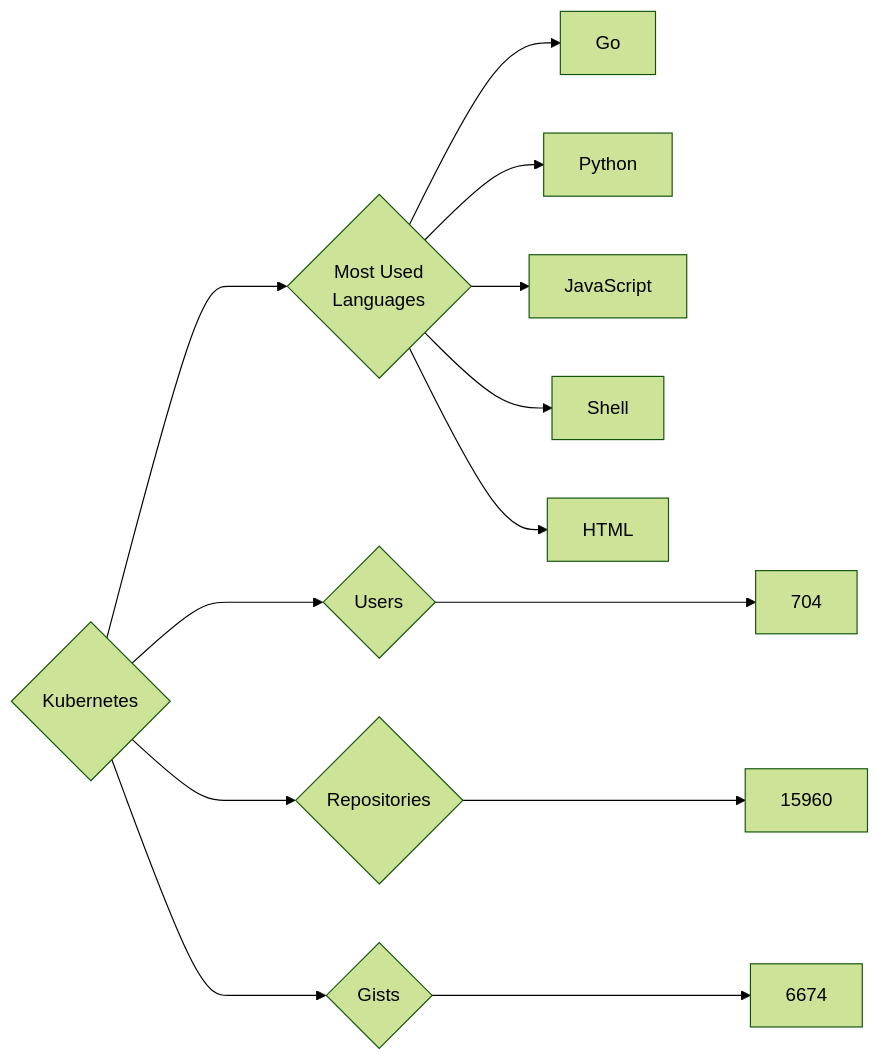
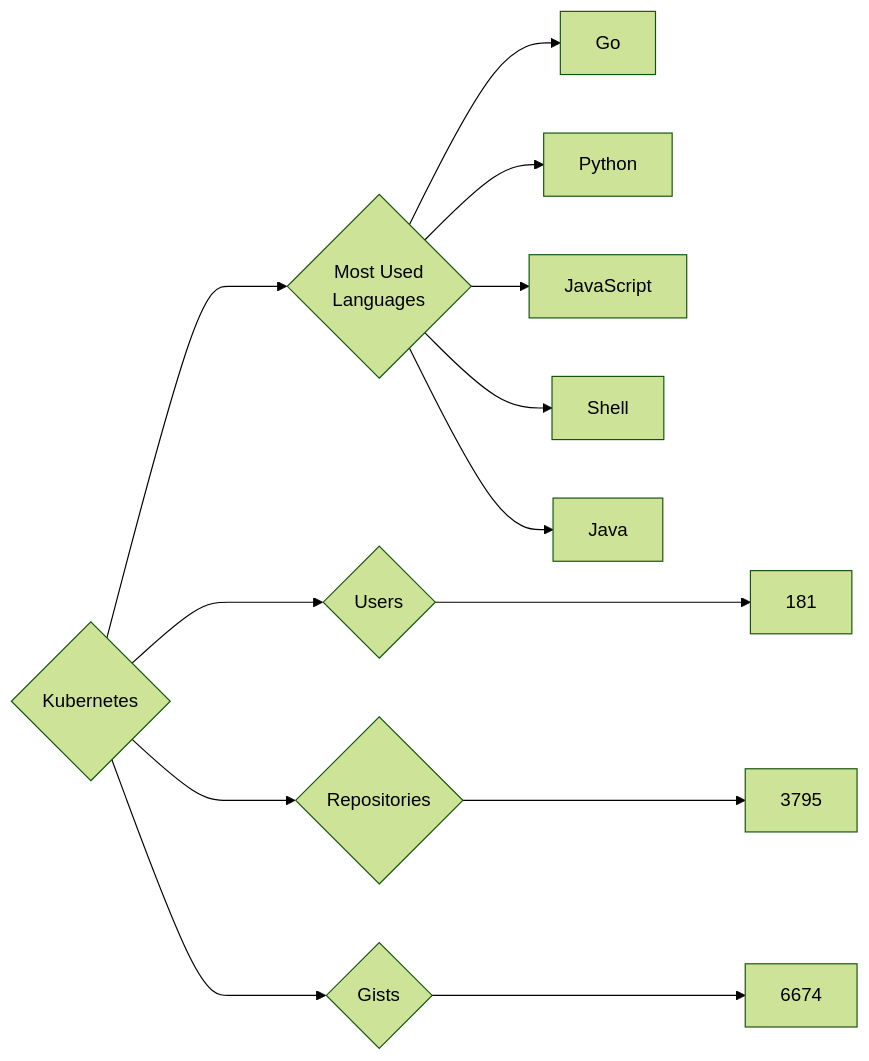
One commit to trickest/insiders changed the diagram in targets/Kubernetes/README.md. Above: the diagram before and after it, drawn with Mermaid (forest theme). The commit also changed 633 other files, not shown here.

````diff
--- a/targets/Kubernetes/README.md
+++ b/targets/Kubernetes/README.md
@@ -3,13 +3,13 @@
 ```mermaid
 graph LR
 COMPANY_NAME{Kubernetes}
-COMPANY_NAME ---> U{Users} ---> UN[704]
-COMPANY_NAME ---> R{Repositories} ---> RN[15960]
+COMPANY_NAME ---> U{Users} ---> UN[181]
+COMPANY_NAME ---> R{Repositories} ---> RN[3795]
 COMPANY_NAME ---> G{Gists} ---> GN[6674]
 COMPANY_NAME ---> ML{Most Used<br>Languages}
 ML --> Go[Go]
 ML --> Python[Python]
 ML --> JavaScript[JavaScript]
 ML --> Shell[Shell]
-ML --> HTML[HTML]
+ML --> Java[Java]
 ```
````
